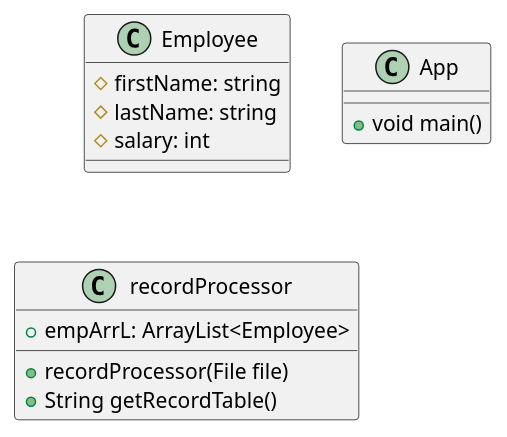
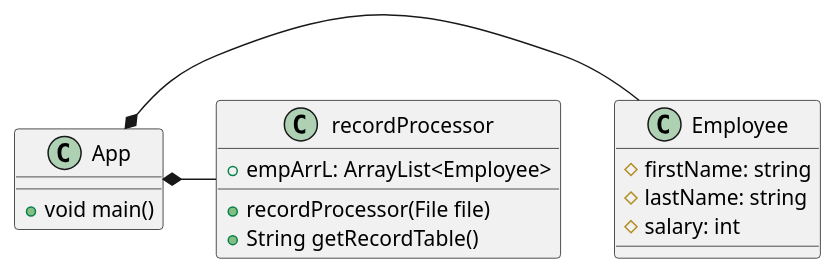
The diagram in src/main/java/ex42/ex42.puml (dl2579/larocque-cop3330-assignment3), drawn with PlantUML before and after one commit. The commit also changed 16 other files, not shown here.

```diff
--- a/src/main/java/ex42/ex42.puml
+++ b/src/main/java/ex42/ex42.puml
@@ -1,18 +1,21 @@
 @startuml
 class Employee{
     #firstName: string
     #lastName: string
     #salary: int
 }
 
 class App {
     +void main()
 }
 
 class recordProcessor {
     +empArrL: ArrayList<Employee>
     +recordProcessor(File file)
     +String getRecordTable()
 }
 
+App *- Employee
+App *- recordProcessor
+
 @enduml
```
